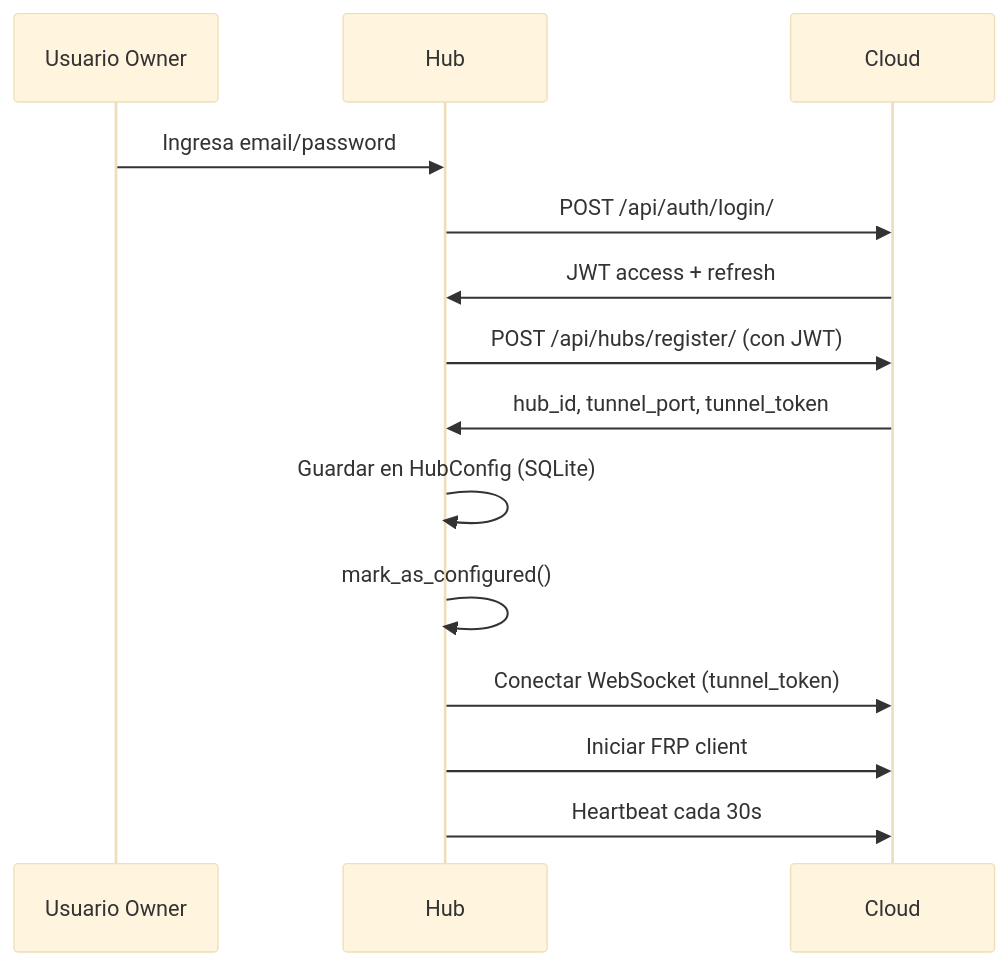
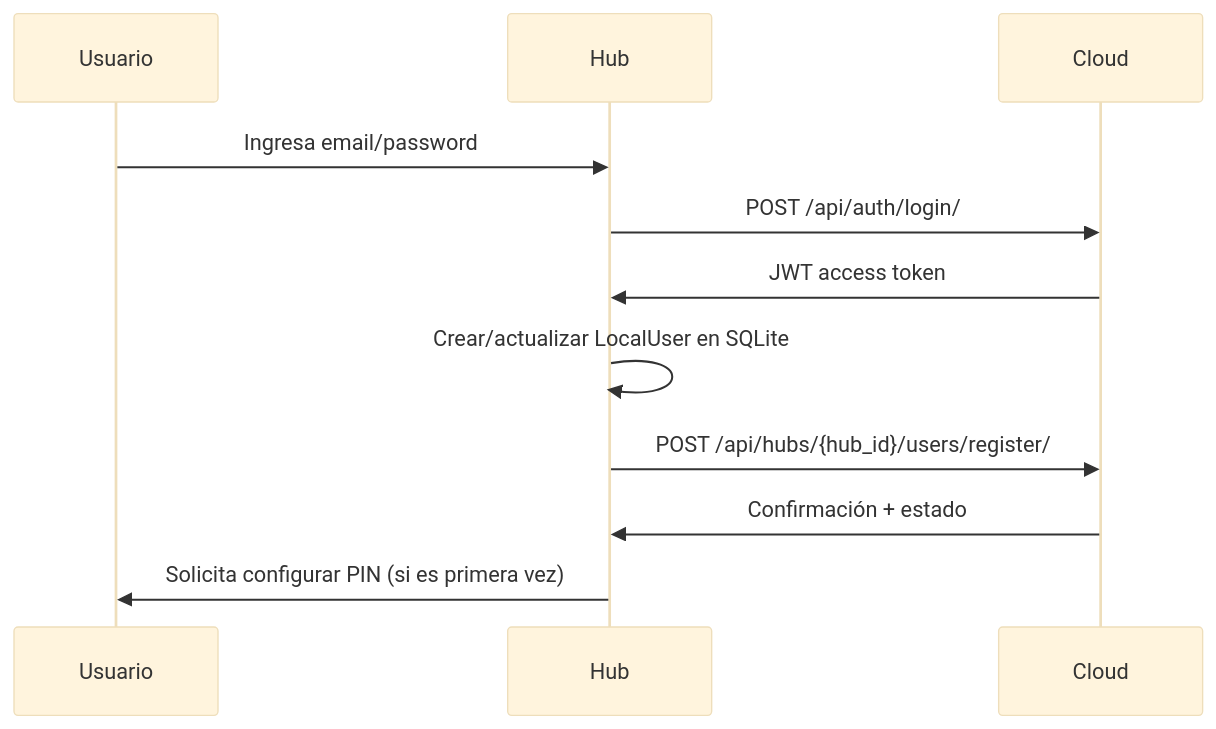
One commit to ERPlora/hub changed the first of 2 diagrams in docs/CLOUD.md. Above: the diagram before and after it, drawn with Mermaid (base theme). The commit also changed other lines of this file and 12 other files, not shown here.

````diff
--- a/docs/CLOUD.md
+++ b/docs/CLOUD.md
@@ -369,17 +175,14 @@
 ```mermaid
 sequenceDiagram
-    participant U as Usuario Owner
+    participant U as Usuario
     participant H as Hub
     participant C as Cloud
 
     U->>H: Ingresa email/password
     H->>C: POST /api/auth/login/
-    C->>H: JWT access + refresh
-    H->>C: POST /api/hubs/register/ (con JWT)
-    C->>H: hub_id, tunnel_port, tunnel_token
-    H->>H: Guardar en HubConfig (SQLite)
-    H->>H: mark_as_configured()
-    H->>C: Conectar WebSocket (tunnel_token)
-    H->>C: Iniciar FRP client
-    H->>C: Heartbeat cada 30s
+    C->>H: JWT access token
+    H->>H: Crear/actualizar LocalUser en SQLite
+    H->>C: POST /api/hubs/{hub_id}/users/register/
+    C->>H: Confirmación + estado
+    H->>U: Solicita configurar PIN (si es primera vez)
 ```
````
